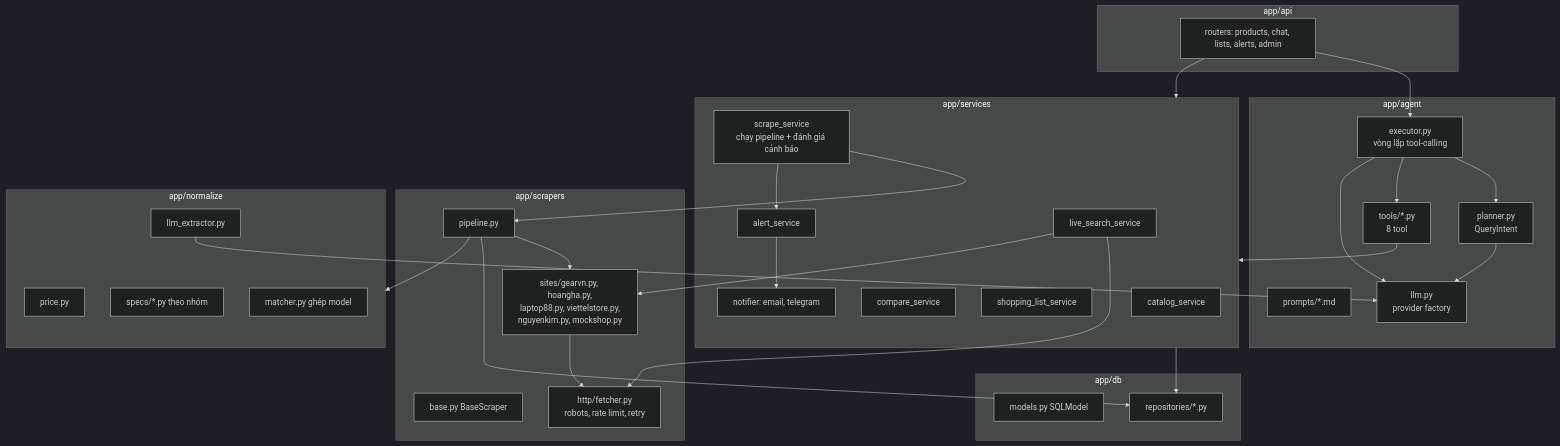
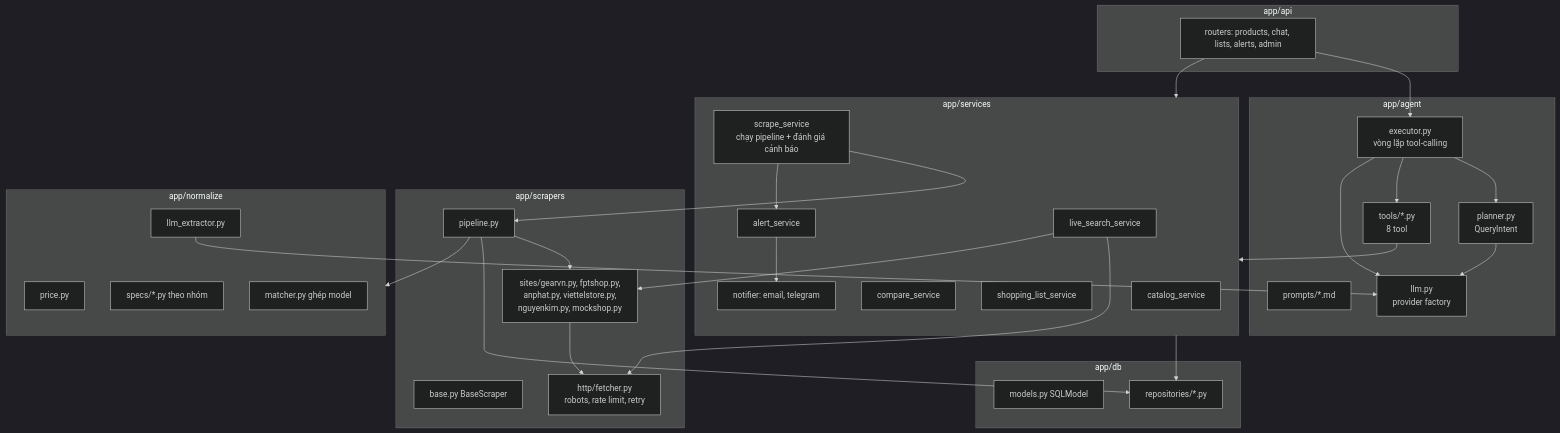
Before and after one commit to VUTIENTHANG2k4/product-buyer-agent: the third of 5 diagrams in docs/03-architecture.md, drawn with Mermaid (dark theme). The commit also changed other lines of this file and 17 other files, not shown here.

````diff
--- a/docs/03-architecture.md
+++ b/docs/03-architecture.md
@@ -66,56 +66,56 @@
 ```mermaid
 flowchart TB
   subgraph api_layer[app/api]
     routes[routers: products, chat, lists, alerts, admin]
   end
   subgraph agent_layer[app/agent]
     planner[planner.py<br/>QueryIntent]
     executor[executor.py<br/>vòng lặp tool-calling]
     tools[tools/*.py<br/>8 tool]
     prompts[prompts/*.md]
     llmf[llm.py<br/>provider factory]
   end
   subgraph services[app/services]
     catalog[catalog_service]
     compare[compare_service]
     lists[shopping_list_service]
     alerts[alert_service]
     live[live_search_service]
     notifier[notifier: email, telegram]
     scrapesvc[scrape_service<br/>chạy pipeline + đánh giá cảnh báo]
   end
   subgraph scraping[app/scrapers]
     base[base.py BaseScraper]
     fetcher[http/fetcher.py<br/>robots, rate limit, retry]
-    sites[sites/gearvn.py, hoangha.py,<br/>laptop88.py, viettelstore.py,<br/>nguyenkim.py, mockshop.py]
+    sites[sites/gearvn.py, fptshop.py,<br/>anphat.py, viettelstore.py,<br/>nguyenkim.py, mockshop.py]
     pipeline[pipeline.py]
   end
   subgraph normalize[app/normalize]
     price[price.py]
     specs[specs/*.py theo nhóm]
     matcher[matcher.py ghép model]
     llmext[llm_extractor.py]
   end
   subgraph data[app/db]
     models[models.py SQLModel]
     repos[repositories/*.py]
   end
   routes --> executor
   routes --> services
   executor --> planner
   executor --> tools
   tools --> services
   planner --> llmf
   executor --> llmf
   services --> repos
   live --> fetcher
   live --> sites
   pipeline --> sites
   sites --> fetcher
   pipeline --> normalize
   pipeline --> repos
   llmext --> llmf
   alerts --> notifier
   scrapesvc --> pipeline
   scrapesvc --> alerts
 ```
````
